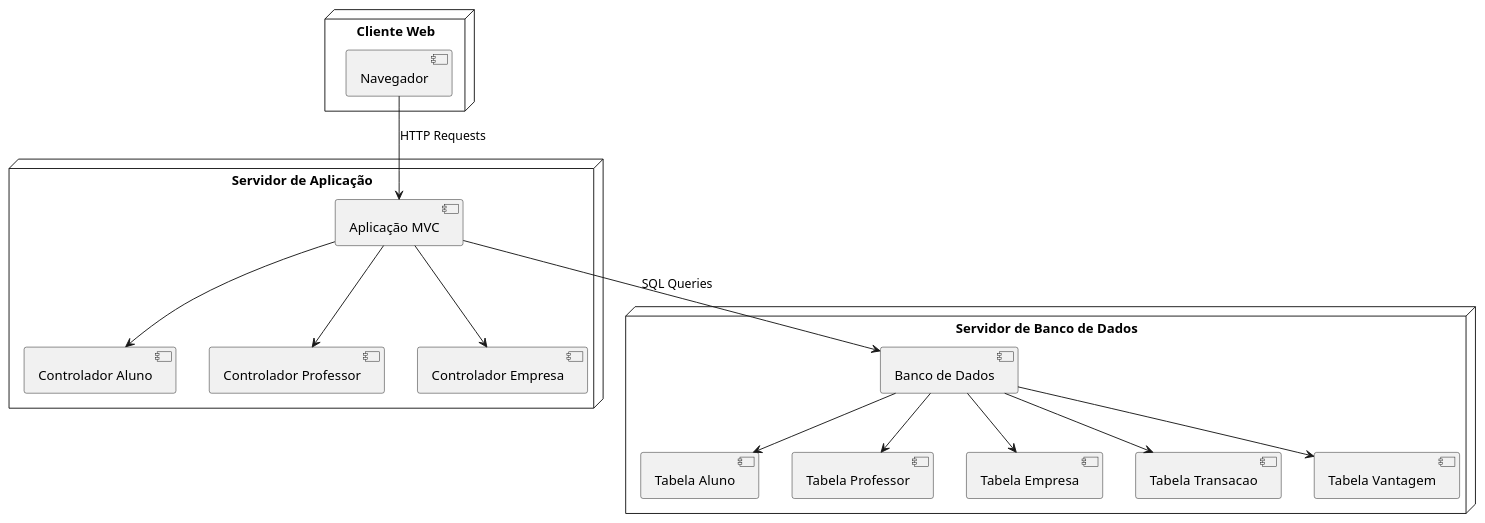
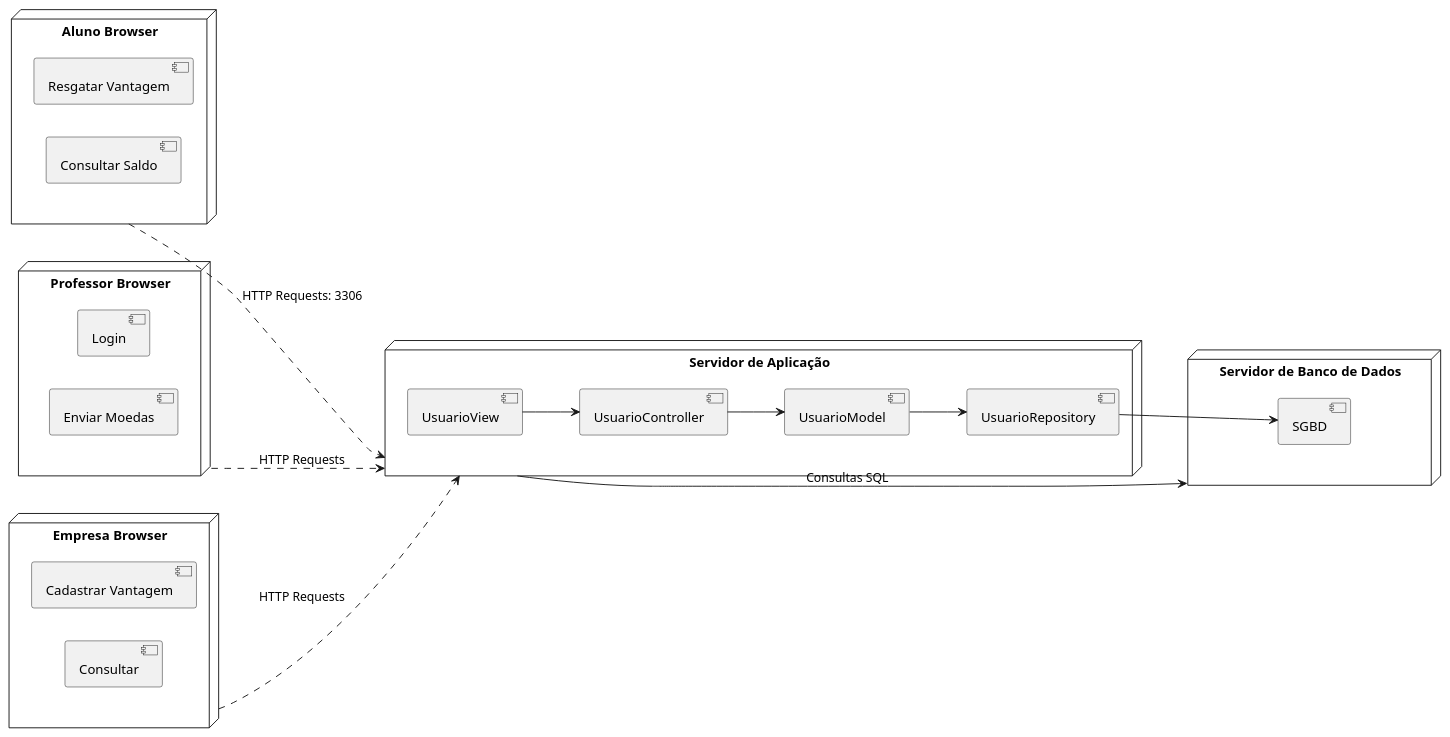
The diagram in project/diagramaDeImplantacao.puml (liviabontempol/LDS-projeto3), drawn with PlantUML before and after one commit.

```diff
--- a/project/diagramaDeImplantacao.puml
+++ b/project/diagramaDeImplantacao.puml
@@ -1,23 +1,35 @@
 @startuml
-node "Cliente Web" {
-    [Navegador]
+left to right direction
+
+node "Aluno Browser" {
+    [Resgatar Vantagem]
+    [Consultar Saldo]
+}
+node "Professor Browser" {
+    [Login]
+    [Consultar Saldo]
+    [Enviar Moedas]
+}
+node "Empresa Browser" {
+    [Login]
+    [Cadastrar Vantagem]
+    [Consultar]
 }
 
 node "Servidor de Aplicação" {
-    [Aplicação MVC] --> [Controlador Aluno]
-    [Aplicação MVC] --> [Controlador Professor]
-    [Aplicação MVC] --> [Controlador Empresa]
+    [UsuarioView] --> [UsuarioController]
+    [UsuarioController] --> [UsuarioModel]
+    [UsuarioModel] --> [UsuarioRepository]
 }
 
 node "Servidor de Banco de Dados" {
-    [Banco de Dados] --> [Tabela Aluno]
-    [Banco de Dados] --> [Tabela Professor]
-    [Banco de Dados] --> [Tabela Empresa]
-    [Banco de Dados] --> [Tabela Transacao]
-    [Banco de Dados] --> [Tabela Vantagem]
+    [SGBD]
 }
 
-[Navegador] --> [Aplicação MVC] : HTTP Requests
-[Aplicação MVC] --> [Banco de Dados] : SQL Queries
+[Aluno Browser] ..> [Servidor de Aplicação] : HTTP Requests: 3306
+[Professor Browser] ..> [Servidor de Aplicação] : HTTP Requests 
+[Empresa Browser] ..> [Servidor de Aplicação] : HTTP Requests
+[Servidor de Aplicação]--> [Servidor de Banco de Dados] : Consultas SQL
+[UsuarioRepository] --> [SGBD]
 
 @enduml
```
